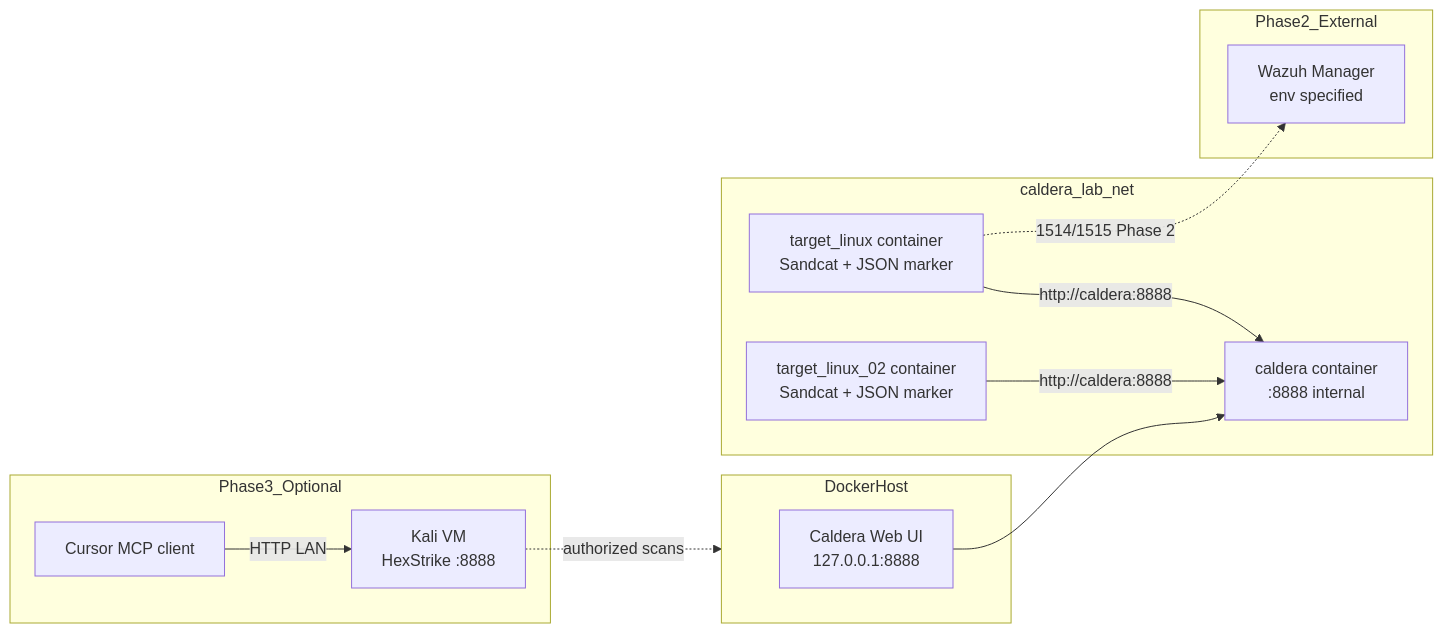
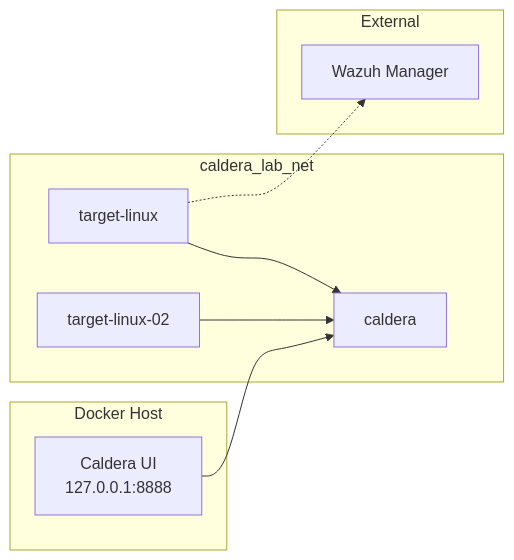
Before and after one commit to ericmao/sensel-caldera-linux-lab: the second of 3 diagrams in README.md, drawn with Mermaid. The commit also changed other lines of this file and 10 other files, not shown here.

````diff
--- a/README.md
+++ b/README.md
@@ -9,24 +107,18 @@
 ```mermaid
 flowchart LR
-  subgraph host [DockerHost]
-    UI["Caldera Web UI\n127.0.0.1:8888"]
+  subgraph host [Docker Host]
+    UI["Caldera UI\n127.0.0.1:8888"]
   end
   subgraph net [caldera_lab_net]
-    C["caldera container\n:8888 internal"]
-    T["target_linux container\nSandcat + JSON marker"]
-    T2["target_linux_02 container\nSandcat + JSON marker"]
+    C[caldera]
+    T[target-linux]
+    T2[target-linux-02]
   end
-  subgraph remote [Phase2_External]
-    WM["Wazuh Manager\nenv specified"]
-  end
-  subgraph phase3 [Phase3_Optional]
-    K["Kali VM\nHexStrike :8888"]
-    MCP["Cursor MCP client"]
+  subgraph ext [External]
+    WM[Wazuh Manager]
   end
   UI --> C
-  T -->|"http://caldera:8888"| C
-  T2 -->|"http://caldera:8888"| C
-  T -.->|"1514/1515 Phase 2"| WM
-  MCP -->|"HTTP LAN"| K
-  K -.->|"authorized scans"| host
+  T --> C
+  T2 --> C
+  T -.-> WM
 ```
````
